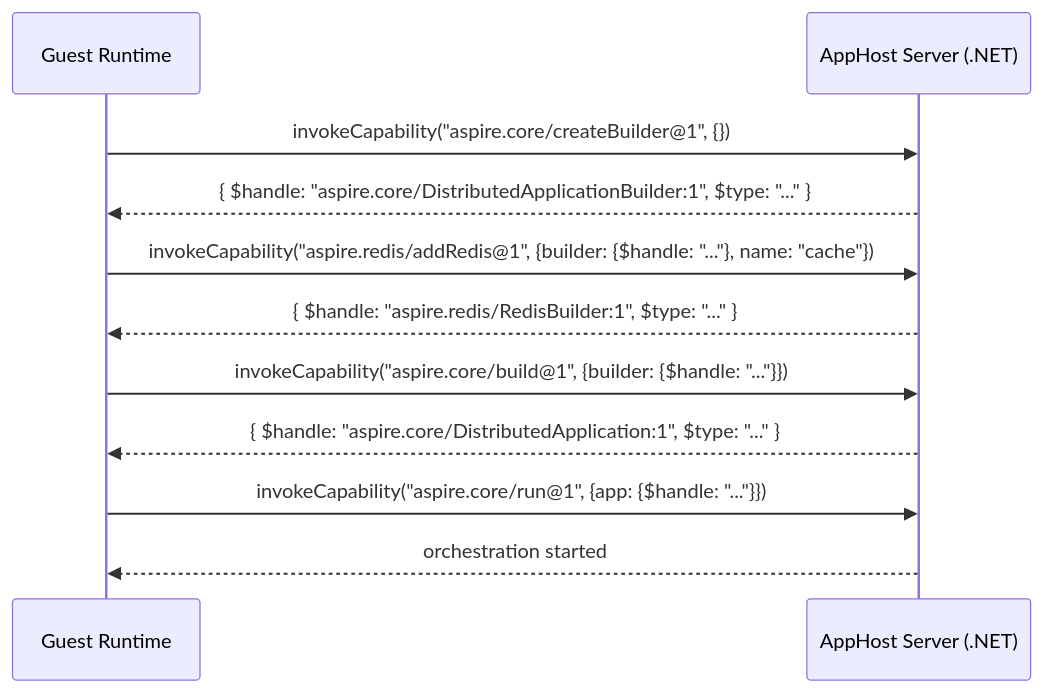
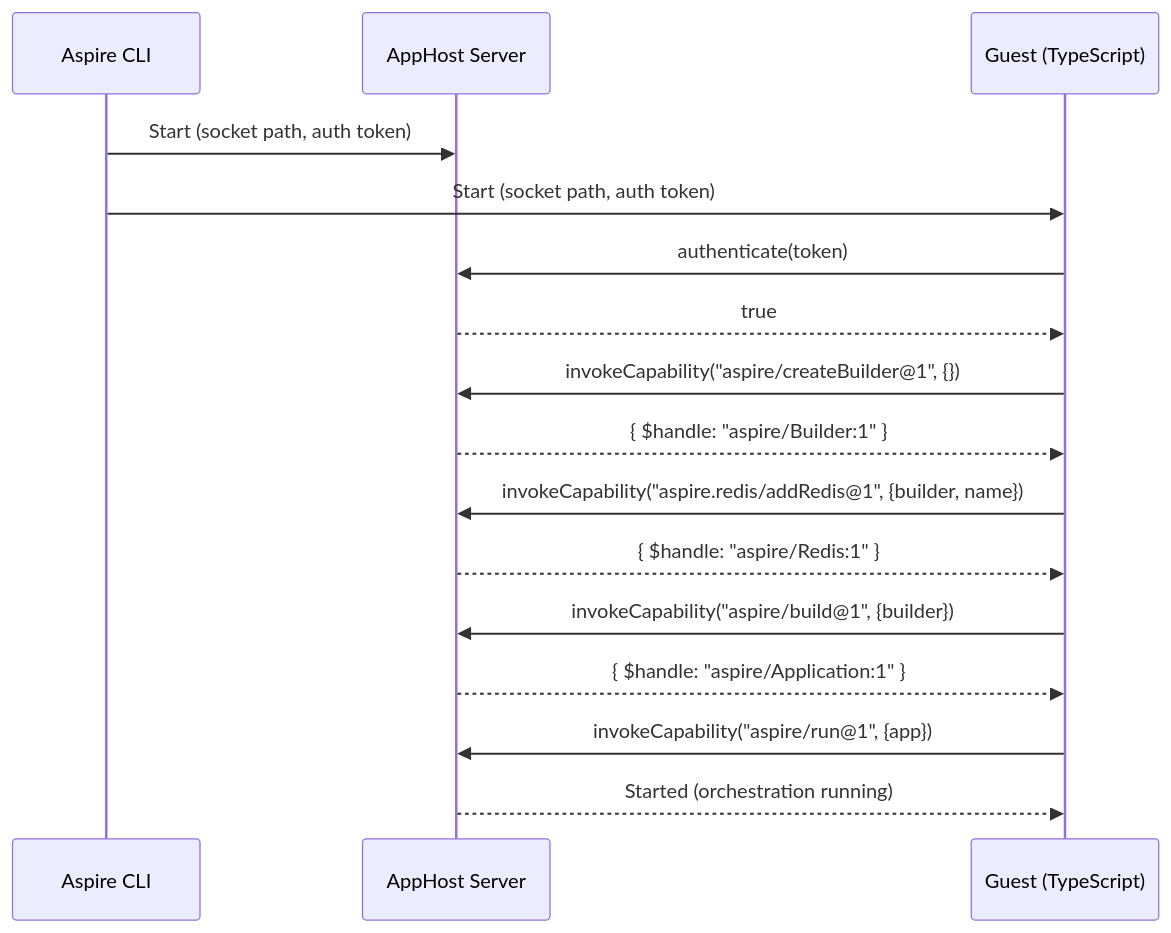
Before and after one commit to dotnet/aspire: the first of 2 diagrams in docs/specs/polyglot-apphost.md, drawn with Mermaid. The commit also changed other lines of this file and 13 other files, not shown here.

````diff
--- a/docs/specs/polyglot-apphost.md
+++ b/docs/specs/polyglot-apphost.md
@@ -80,17 +77,24 @@
 ```mermaid
 sequenceDiagram
-    participant G as Guest Runtime
-    participant H as AppHost Server (.NET)
+    participant CLI as Aspire CLI
+    participant Host as AppHost Server
+    participant Guest as Guest (TypeScript)
 
-    G->>H: invokeCapability("aspire.core/createBuilder@1", {})
-    H-->>G: { $handle: "aspire.core/DistributedApplicationBuilder:1", $type: "..." }
+    CLI->>Host: Start (socket path, auth token)
+    CLI->>Guest: Start (socket path, auth token)
 
-    G->>H: invokeCapability("aspire.redis/addRedis@1", {builder: {$handle: "..."}, name: "cache"})
-    H-->>G: { $handle: "aspire.redis/RedisBuilder:1", $type: "..." }
+    Guest->>Host: authenticate(token)
+    Host-->>Guest: true
 
-    G->>H: invokeCapability("aspire.core/build@1", {builder: {$handle: "..."}})
-    H-->>G: { $handle: "aspire.core/DistributedApplication:1", $type: "..." }
+    Guest->>Host: invokeCapability("aspire/createBuilder@1", {})
+    Host-->>Guest: { $handle: "aspire/Builder:1" }
 
-    G->>H: invokeCapability("aspire.core/run@1", {app: {$handle: "..."}})
-    H-->>G: orchestration started
+    Guest->>Host: invokeCapability("aspire.redis/addRedis@1", {builder, name})
+    Host-->>Guest: { $handle: "aspire/Redis:1" }
+
+    Guest->>Host: invokeCapability("aspire/build@1", {builder})
+    Host-->>Guest: { $handle: "aspire/Application:1" }
+
+    Guest->>Host: invokeCapability("aspire/run@1", {app})
+    Host-->>Guest: Started (orchestration running)
 ```
````
